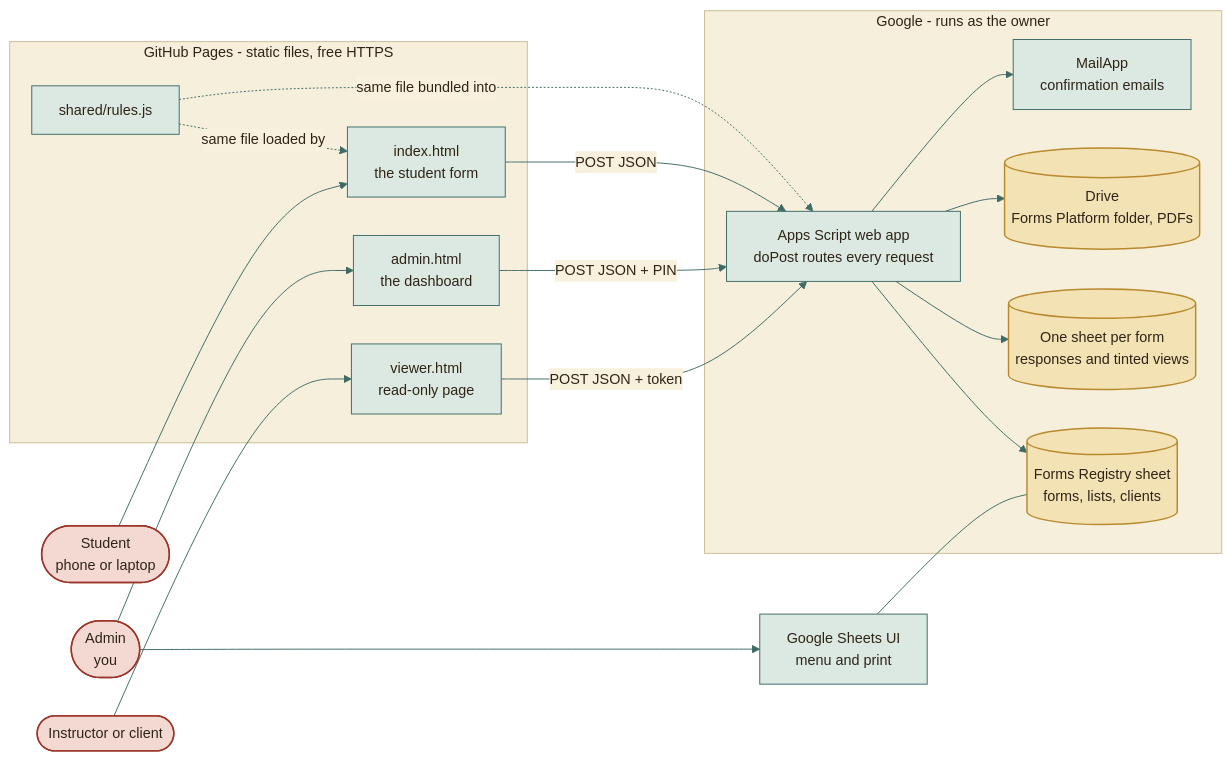
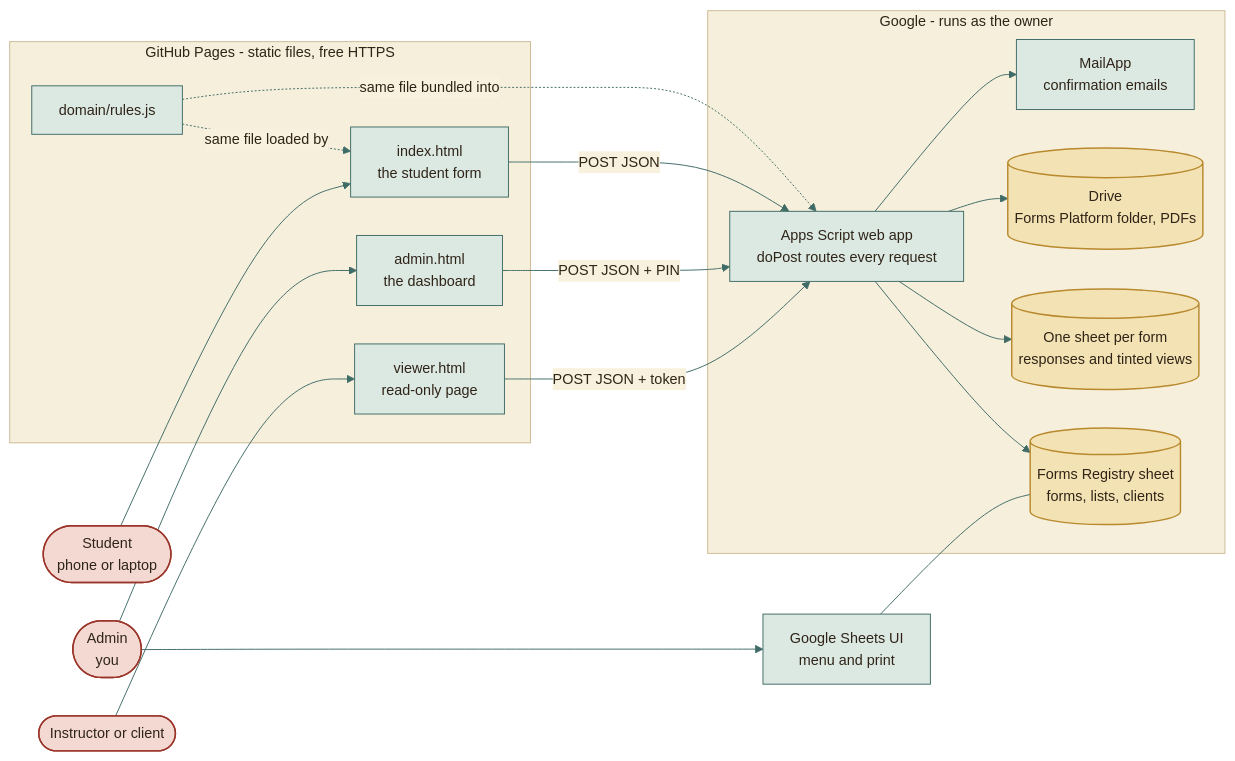
One commit to moyeh04/forms-platform changed the first of 12 diagrams in docs/architecture/ARCHITECTURE.md. Above: the diagram before and after it, drawn with Mermaid. The commit also changed other lines of this file and 69 other files, not shown here.

````diff
--- a/docs/architecture/ARCHITECTURE.md
+++ b/docs/architecture/ARCHITECTURE.md
@@ -33,68 +33,68 @@
 ```mermaid
 %%{init: {
   'theme': 'base',
   'themeVariables': {
     'fontFamily': 'ui-sans-serif, system-ui, -apple-system, Segoe UI, Roboto, sans-serif',
     'fontSize': '15px',
     'primaryColor': '#DCE9E2', 'primaryBorderColor': '#3F6B66', 'primaryTextColor': '#2F2418',
     'secondaryColor': '#F0E4C8', 'secondaryBorderColor': '#C9A24A', 'secondaryTextColor': '#2F2418',
     'tertiaryColor': '#F6EFDC', 'tertiaryBorderColor': '#CDBB94', 'tertiaryTextColor': '#2F2418',
     'lineColor': '#3F6B66', 'textColor': '#2F2418', 'mainBkg': '#DCE9E2', 'nodeBorder': '#3F6B66',
     'clusterBkg': '#F6EFDC', 'clusterBorder': '#CDBB94', 'titleColor': '#2F2418',
     'edgeLabelBackground': '#F8F1DD',
     'actorBkg': '#DCE9E2', 'actorBorder': '#3F6B66', 'actorTextColor': '#2F2418', 'actorLineColor': '#8FB3AB',
     'signalColor': '#477A73', 'signalTextColor': '#477A73',
     'labelBoxBkgColor': '#F0E4C8', 'labelBoxBorderColor': '#C9A24A', 'labelTextColor': '#2F2418', 'loopTextColor': '#6A5A44',
     'noteBkgColor': '#FBEFC9', 'noteBorderColor': '#C9A24A', 'noteTextColor': '#2F2418',
     'activationBkgColor': '#DCE9E2', 'activationBorderColor': '#3F6B66', 'sequenceNumberColor': '#F8F1DD',
     'transitionColor': '#3F6B66', 'stateLabelColor': '#2F2418', 'stateBkg': '#DCE9E2', 'altBackground': '#F6EFDC',
     'attributeBackgroundColorOdd': '#F8F1DD', 'attributeBackgroundColorEven': '#F0E4C8'
   },
   'flowchart': {'curve': 'basis', 'padding': 14, 'nodeSpacing': 40, 'rankSpacing': 46},
   'sequence': {'mirrorActors': false, 'messageMargin': 34, 'boxMargin': 8}
 }}%%
 flowchart LR
     student(["Student<br/>phone or laptop"])
     admin(["Admin<br/>you"])
     teacher(["Instructor or client"])
 
     subgraph gh["GitHub Pages - static files, free HTTPS"]
         idx["index.html<br/>the student form"]
         adm["admin.html<br/>the dashboard"]
         vwr["viewer.html<br/>read-only page"]
-        rules["shared/rules.js"]
+        rules["domain/rules.js"]
     end
 
     subgraph google["Google - runs as the owner"]
         gas["Apps Script web app<br/>doPost routes every request"]
         reg[("Forms Registry sheet<br/>forms, lists, clients")]
         fs[("One sheet per form<br/>responses and tinted views")]
         drive[("Drive<br/>Forms Platform folder, PDFs")]
         mail["MailApp<br/>confirmation emails"]
     end
 
     sheetui["Google Sheets UI<br/>menu and print"]
 
     student --> idx
     admin --> adm
     teacher --> vwr
     idx -- "POST JSON" --> gas
     adm -- "POST JSON + PIN" --> gas
     vwr -- "POST JSON + token" --> gas
     gas --> reg
     gas --> fs
     gas --> drive
     gas --> mail
     admin --> sheetui
     sheetui --- reg
     rules -. "same file loaded by" .-> idx
     rules -. "same file bundled into" .-> gas
     classDef cDb fill:#F3E2B3,stroke:#B8892D,stroke-width:1.5px,color:#2F2418
     classDef cActor fill:#F4D9D3,stroke:#9A3328,stroke-width:1.5px,color:#2F2418
     classDef cDec fill:#FBEFC9,stroke:#C9A24A,stroke-width:1.5px,color:#2F2418
     classDef cEnd fill:#2F2418,stroke:#2F2418,color:#F8F1DD
     classDef cErr fill:#F6D5CF,stroke:#A12B1F,stroke-width:1.5px,color:#5A140C
     classDef cOk fill:#BFD9CF,stroke:#2E5A55,stroke-width:1.5px,color:#17302D
     class reg,fs,drive cDb
     class student,admin,teacher cActor
 ```
````
